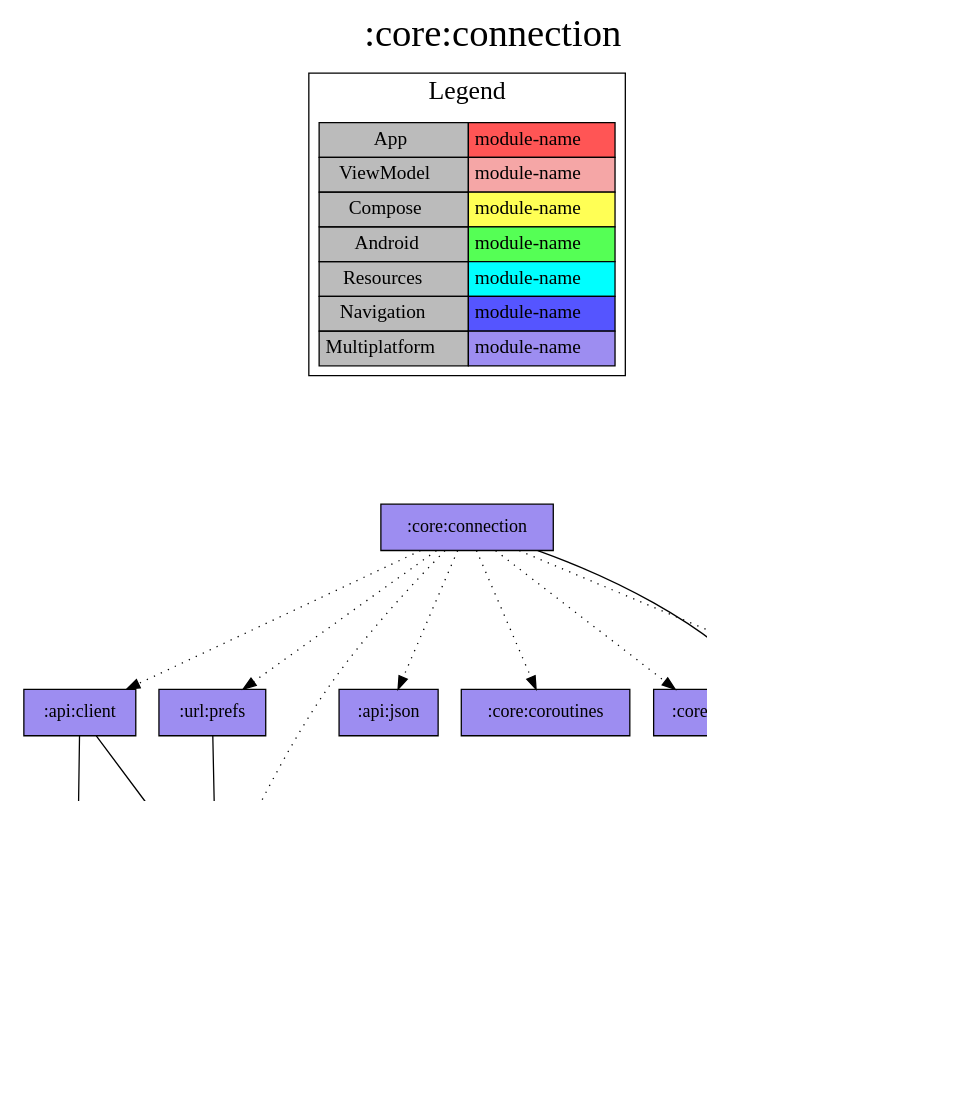
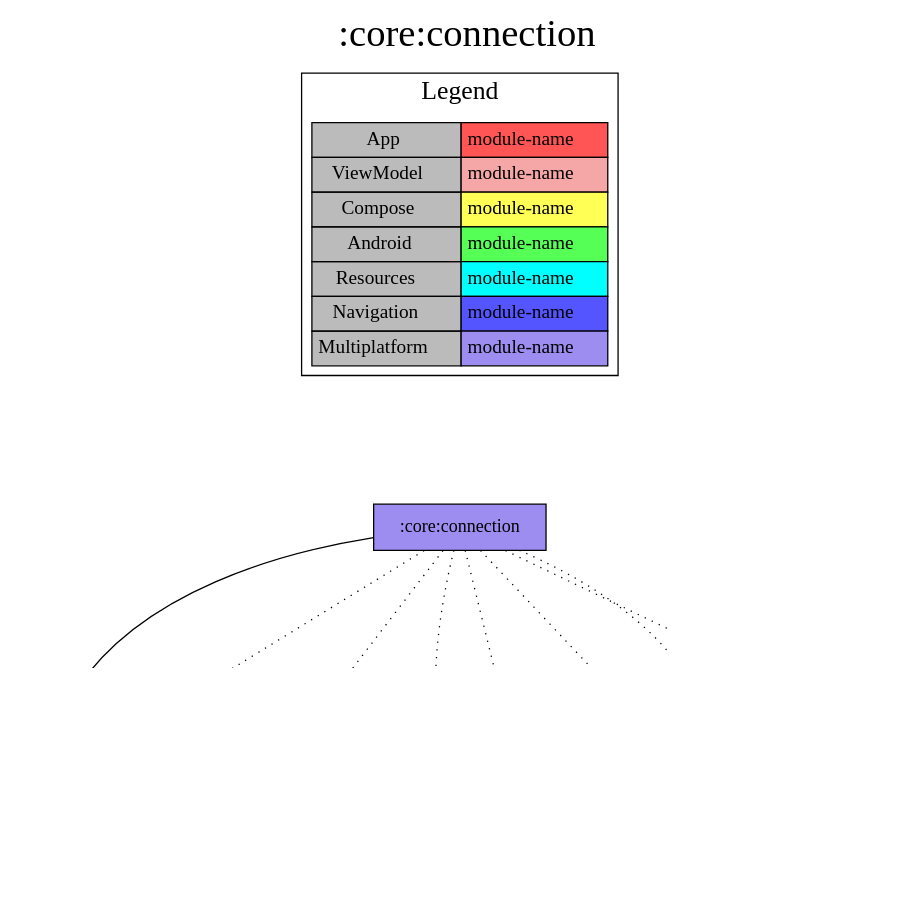
The diagram in modules/core/connection/project-dependency-graph.dot (jonapoul/aktual), drawn with Graphviz before and after one commit. The commit also changed 114 other files, not shown here.

```diff
--- a/modules/core/connection/project-dependency-graph.dot
+++ b/modules/core/connection/project-dependency-graph.dot
@@ -1,48 +1,48 @@
 digraph {
 edge ["dir"="forward"]
 graph ["dpi"="100","label"=":core:connection","labelloc"="t","fontsize"="30","ranksep"="1.5","rankdir"="TB"]
 node ["style"="filled"]
 ":core:connection" ["fillcolor"="#9D8DF1","shape"="box"]
 ":core:buildconfig" ["fillcolor"="#9D8DF1","shape"="box"]
-":api:client" ["fillcolor"="#9D8DF1","shape"="box"]
-":api:model" ["fillcolor"="#9D8DF1","shape"="box"]
+":api:actual" ["fillcolor"="#9D8DF1","shape"="box"]
 ":login:model" ["fillcolor"="#9D8DF1","shape"="box"]
 ":url:model" ["fillcolor"="#9D8DF1","shape"="box"]
-":api:json" ["fillcolor"="#9D8DF1","shape"="box"]
+":api:core" ["fillcolor"="#9D8DF1","shape"="box"]
+":core:log" ["fillcolor"="#9D8DF1","shape"="box"]
 ":core:coroutines" ["fillcolor"="#9D8DF1","shape"="box"]
-":core:log" ["fillcolor"="#9D8DF1","shape"="box"]
 ":core:versions" ["fillcolor"="#9D8DF1","shape"="box"]
 ":url:prefs" ["fillcolor"="#9D8DF1","shape"="box"]
 {
 edge ["dir"="none"]
 graph ["rank"="same"]
 }
 ":core:connection" -> ":core:buildconfig"
-":core:connection" -> ":api:client" ["style"="dotted"]
-":core:connection" -> ":api:json" ["style"="dotted"]
+":core:connection" -> ":api:actual" ["style"="dotted"]
+":core:connection" -> ":api:core" ["style"="dotted"]
 ":core:connection" -> ":core:coroutines" ["style"="dotted"]
 ":core:connection" -> ":core:log" ["style"="dotted"]
 ":core:connection" -> ":core:versions" ["style"="dotted"]
 ":core:connection" -> ":url:model" ["style"="dotted"]
 ":core:connection" -> ":url:prefs" ["style"="dotted"]
-":api:client" -> ":api:model"
-":api:client" -> ":url:model"
-":api:model" -> ":login:model"
+":api:actual" -> ":login:model"
+":api:actual" -> ":url:model"
+":api:core" -> ":core:log"
+":api:core" -> ":url:model"
 ":core:versions" -> ":core:buildconfig"
 ":url:prefs" -> ":url:model"
 subgraph "cluster_legend" {
 edge ["dir"="none"]
 graph ["label"="Legend","fontsize"="20"]
 "Legend" ["style"="filled","fillcolor"="#bbbbbb","shape"="none","margin"="0","fontsize"="15","label"=<
 <TABLE BORDER="0" CELLBORDER="1" CELLSPACING="0" CELLPADDING="4">
 <TR><TD>App</TD><TD BGCOLOR="#FF5555">module-name</TD></TR>
 <TR><TD>ViewModel</TD><TD BGCOLOR="#F5A6A6">module-name</TD></TR>
 <TR><TD>Compose</TD><TD BGCOLOR="#FFFF55">module-name</TD></TR>
 <TR><TD>Android</TD><TD BGCOLOR="#55FF55">module-name</TD></TR>
 <TR><TD>Resources</TD><TD BGCOLOR="#00FFFF">module-name</TD></TR>
 <TR><TD>Navigation</TD><TD BGCOLOR="#5555FF">module-name</TD></TR>
 <TR><TD>Multiplatform</TD><TD BGCOLOR="#9D8DF1">module-name</TD></TR>
 </TABLE>
 >]
 } -> ":core:connection" ["style"="invis"]
 }
```
